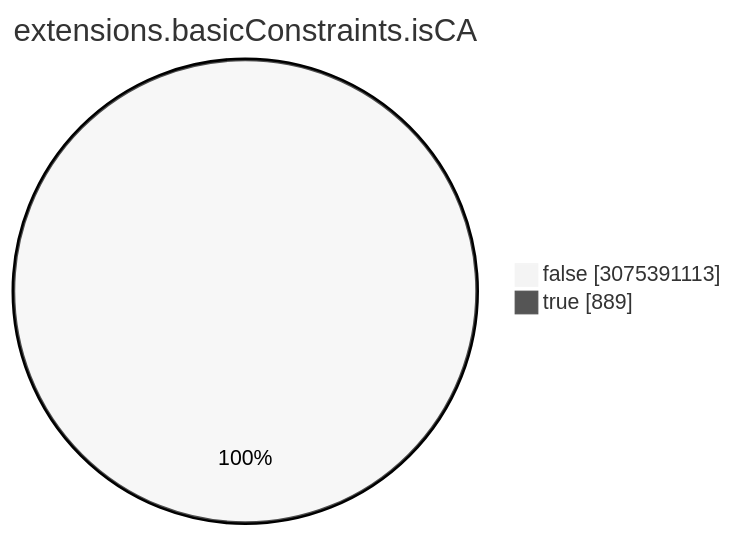
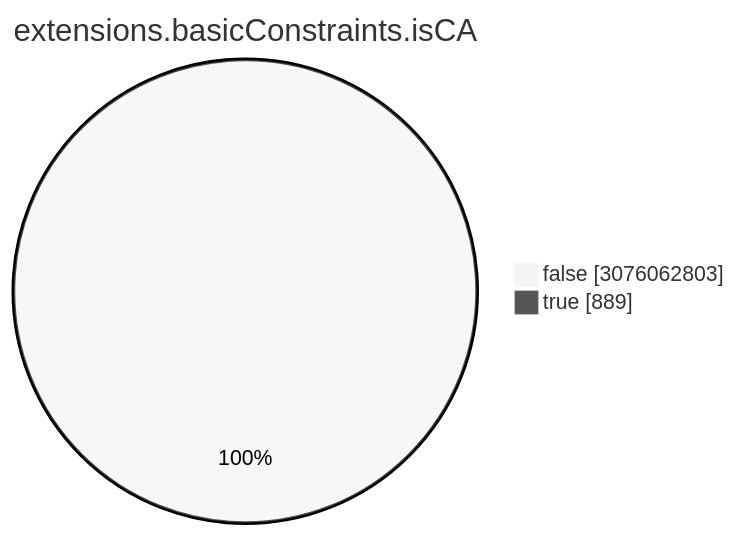
Before and after one commit to christiankrug/ctmonitor_visualization: the seventh of 15 diagrams in TOTAL/README.md, drawn with Mermaid (neutral theme). The commit also changed other lines of this file, not shown here.

````diff
--- a/TOTAL/README.md
+++ b/TOTAL/README.md
@@ -3086,6 +3086,6 @@
 ```mermaid
 pie showData
 title extensions.basicConstraints.isCA
-"false" :3075391113
+"false" :3076062803
 "true" :889
 ```
````
